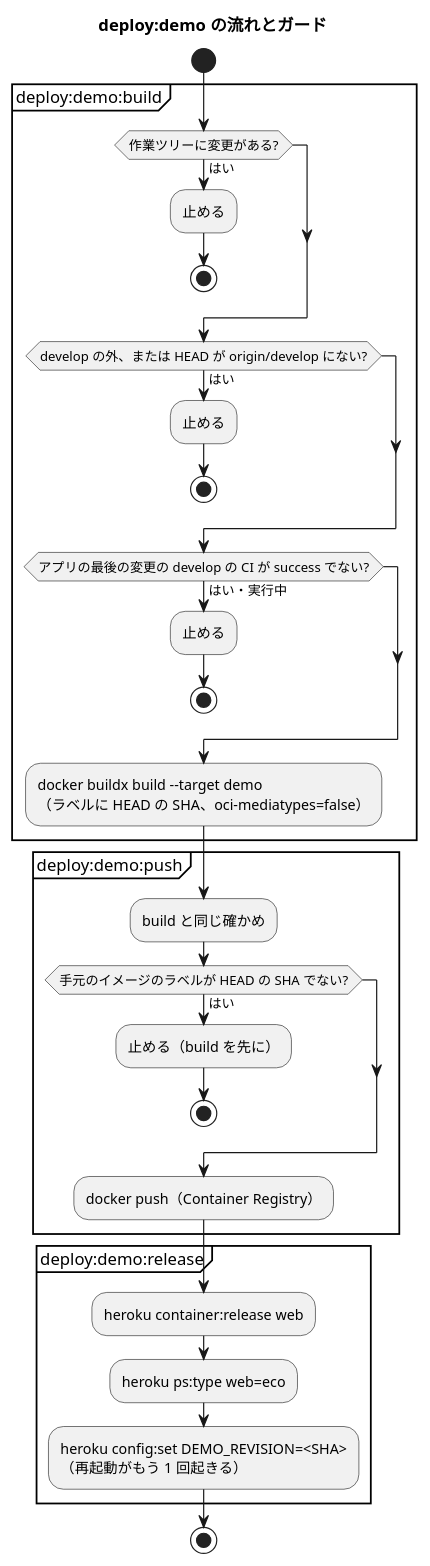
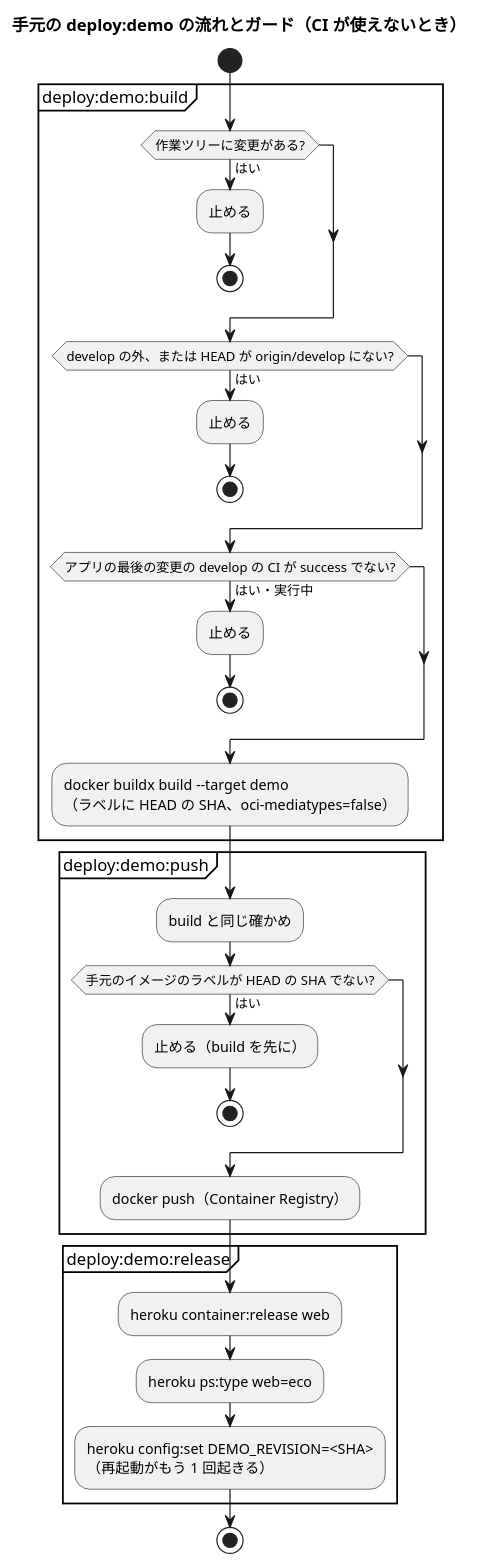
Before and after one commit to k2works/practical-domain-driven-design-in-enterpris-application: the second of 2 diagrams in docs/operation/cargo-tracker/heroku_demo_setup.md, drawn with PlantUML. The commit also changed other lines of this file and 3 other files, not shown here.

````diff
--- a/docs/operation/cargo-tracker/heroku_demo_setup.md
+++ b/docs/operation/cargo-tracker/heroku_demo_setup.md
@@ -182,38 +194,38 @@
 ```plantuml
 @startuml
-title deploy:demo の流れとガード
+title 手元の deploy:demo の流れとガード（CI が使えないとき）
 
 start
 partition "deploy:demo:build" {
   if (作業ツリーに変更がある?) then (はい)
     :止める;
     stop
   endif
   if (develop の外、または HEAD が origin/develop にない?) then (はい)
     :止める;
     stop
   endif
   if (アプリの最後の変更の develop の CI が success でない?) then (はい・実行中)
     :止める;
     stop
   endif
   :docker buildx build --target demo
   （ラベルに HEAD の SHA、oci-mediatypes=false）;
 }
 partition "deploy:demo:push" {
   :build と同じ確かめ;
   if (手元のイメージのラベルが HEAD の SHA でない?) then (はい)
     :止める（build を先に）;
     stop
   endif
   :docker push（Container Registry）;
 }
 partition "deploy:demo:release" {
   :heroku container:release web;
   :heroku ps:type web=eco;
   :heroku config:set DEMO_REVISION=<SHA>
   （再起動がもう 1 回起きる）;
 }
 stop
 @enduml
 ```
````
